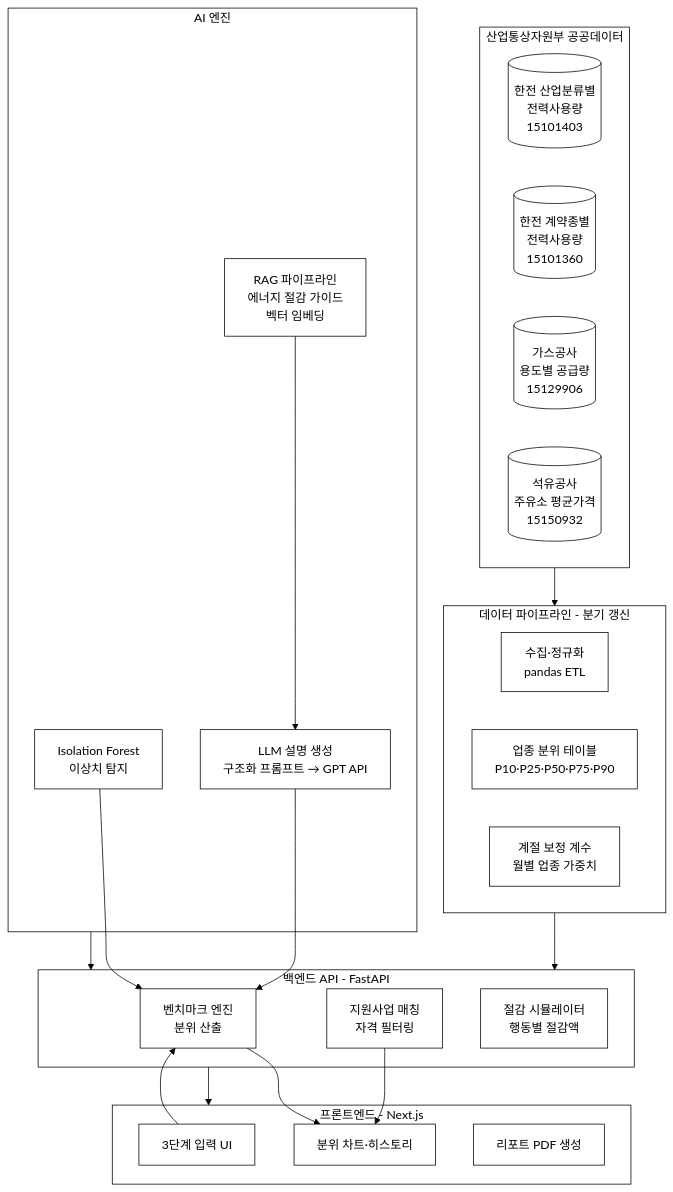
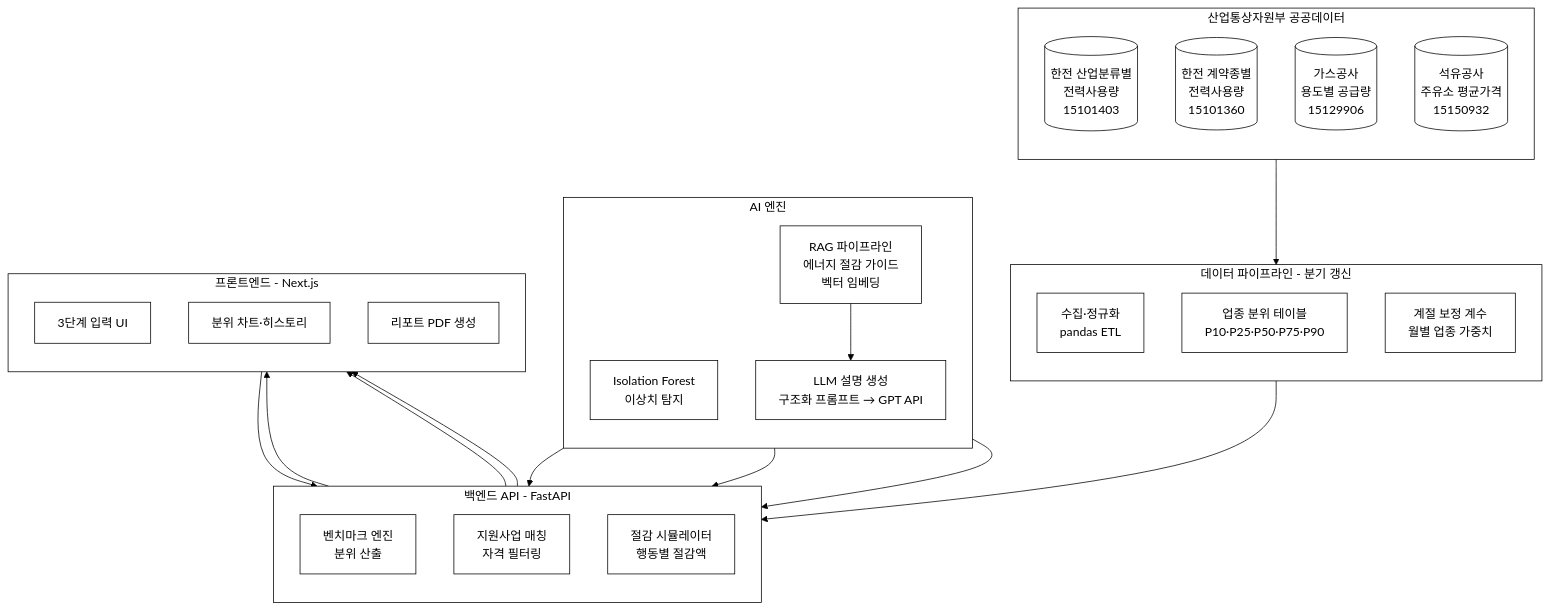
One commit to iamywl/pulicdata-congress changed the second of 5 diagrams in 03-소상공인-에너지진단/biz/1_제안서.md. Above: the diagram before and after it, drawn with Mermaid. The commit also changed other lines of this file and 44 other files, not shown here.

````diff
--- a/03-소상공인-에너지진단/biz/1_제안서.md
+++ b/03-소상공인-에너지진단/biz/1_제안서.md
@@ -82,40 +82,45 @@
 ```mermaid
 %%{init: {'theme':'base','themeVariables':{'background':'#ffffff','primaryColor':'#ffffff','primaryBorderColor':'#000000','primaryTextColor':'#000000','secondaryColor':'#ffffff','secondaryBorderColor':'#000000','secondaryTextColor':'#000000','tertiaryColor':'#ffffff','tertiaryBorderColor':'#000000','tertiaryTextColor':'#000000','mainBkg':'#ffffff','secondBkg':'#ffffff','lineColor':'#000000','textColor':'#000000','clusterBkg':'#ffffff','clusterBorder':'#000000','edgeLabelBackground':'#ffffff','actorBkg':'#ffffff','actorBorder':'#000000','noteBkgColor':'#ffffff','noteBorderColor':'#000000','signalColor':'#000000','signalTextColor':'#000000','fontFamily':'Georgia, serif'}}}%%
 flowchart TB
     subgraph DS[산업통상자원부 공공데이터]
+        direction TB
         D1[(한전 산업분류별<br/>전력사용량<br/>15101403)]
         D2[(한전 계약종별<br/>전력사용량<br/>15101360)]
         D3[(가스공사<br/>용도별 공급량<br/>15129906)]
         D4[(석유공사<br/>주유소 평균가격<br/>15150932)]
     end
     subgraph PIPE[데이터 파이프라인 - 분기 갱신]
+        direction TB
         P1[수집·정규화<br/>pandas ETL]
         P2[업종 분위 테이블<br/>P10·P25·P50·P75·P90]
         P3[계절 보정 계수<br/>월별 업종 가중치]
     end
     subgraph AI[AI 엔진]
+        direction TB
         A1[Isolation Forest<br/>이상치 탐지]
         A2[RAG 파이프라인<br/>에너지 절감 가이드<br/>벡터 임베딩]
         A3[LLM 설명 생성<br/>구조화 프롬프트 → GPT API]
     end
     subgraph BE[백엔드 API - FastAPI]
+        direction TB
         B1[벤치마크 엔진<br/>분위 산출]
         B2[지원사업 매칭<br/>자격 필터링]
         B3[절감 시뮬레이터<br/>행동별 절감액]
     end
     subgraph FE[프론트엔드 - Next.js]
+        direction TB
         F1[3단계 입력 UI]
         F2[분위 차트·히스토리]
         F3[리포트 PDF 생성]
     end
     DS --> PIPE
     PIPE --> BE
     AI --> BE
     BE --> FE
     F1 --> B1
     B1 --> F2
     B2 --> F2
     A1 --> B1
     A2 --> A3
     A3 --> B1
 ```
````
